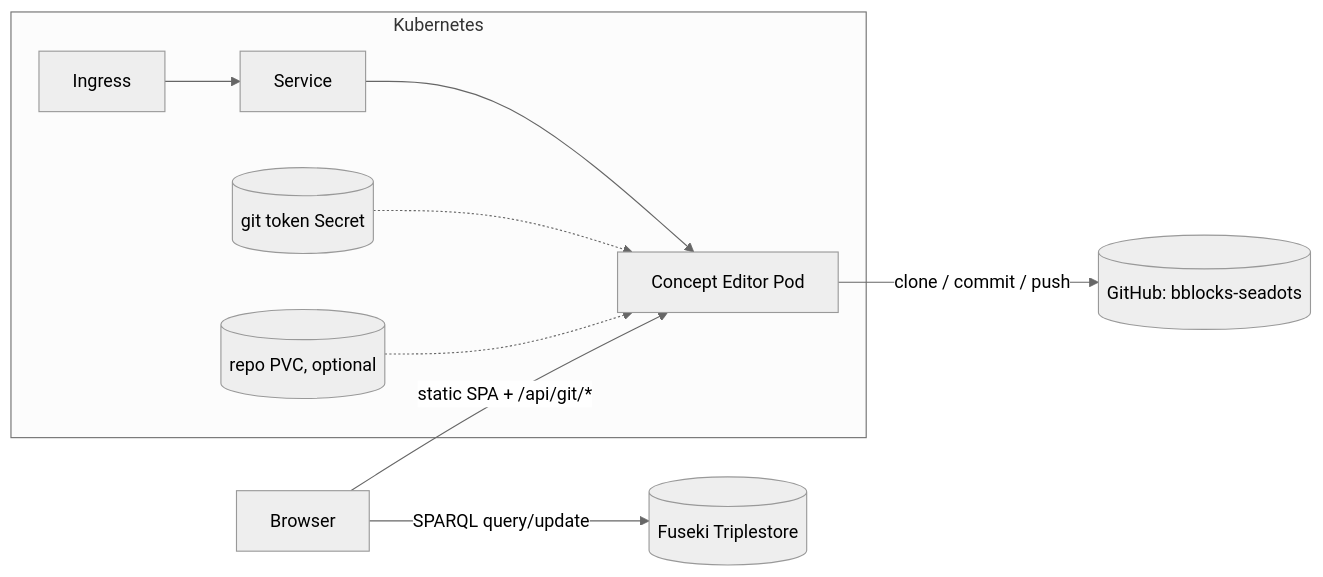
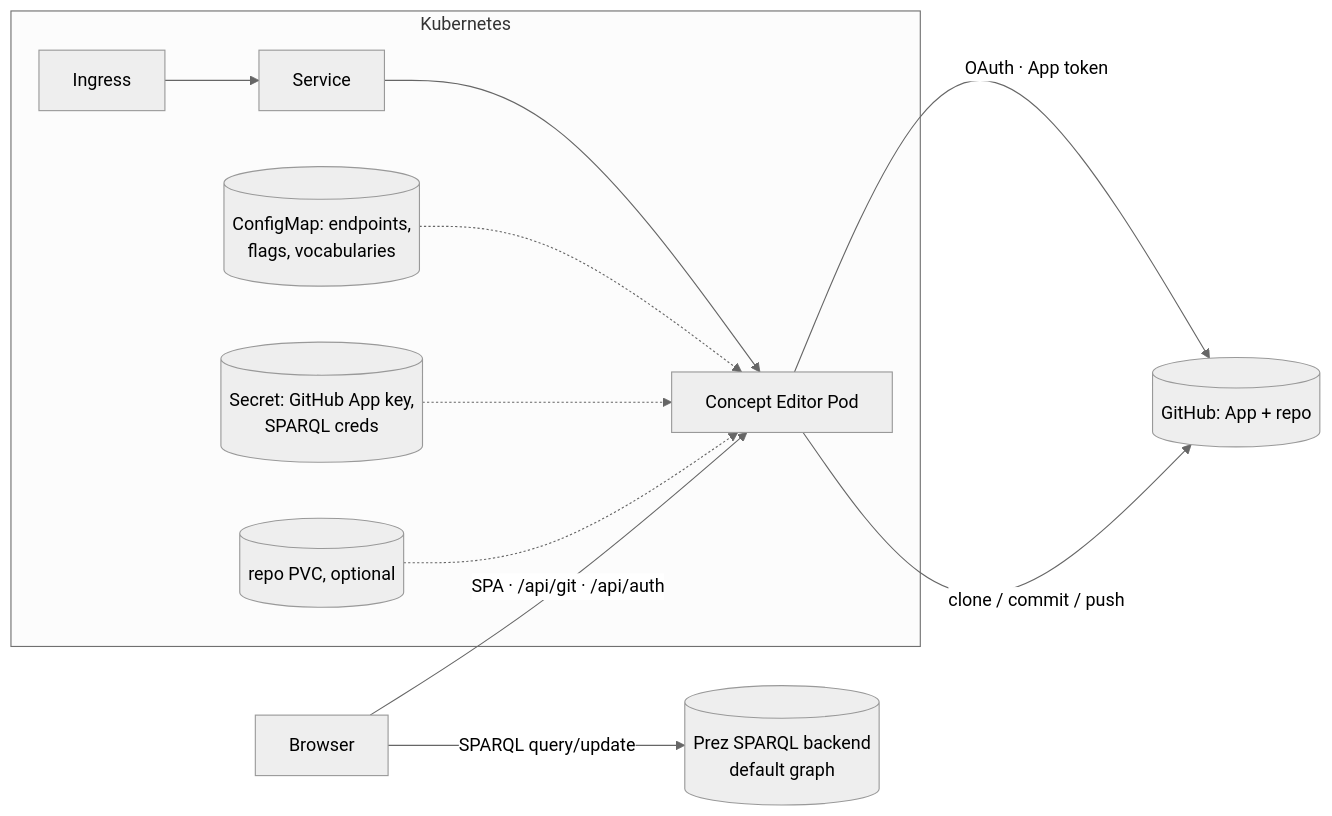
Before and after one commit to ogcincubator/bblocks-seadots: diagram 11 of 11 in app/docs/data-exchange.md, drawn with Mermaid (neutral theme). The commit also changed other lines of this file and 9 other files, not shown here.

````diff
--- a/app/docs/data-exchange.md
+++ b/app/docs/data-exchange.md
@@ -218,11 +317,13 @@
 ```mermaid
 flowchart LR
-    User[Browser] -->|SPARQL query/update| TS[(Fuseki Triplestore)]
-    User -->|static SPA + /api/git/*| Pod[Concept Editor Pod]
-    Pod -->|clone / commit / push| Repo[(GitHub: bblocks-seadots)]
+    User[Browser] -->|SPARQL query/update| TS[(Prez SPARQL backend<br/>default graph)]
+    User -->|SPA · /api/git · /api/auth| Pod[Concept Editor Pod]
+    Pod -->|OAuth · App token| GH[(GitHub: App + repo)]
+    Pod -->|clone / commit / push| GH
     subgraph Kubernetes
       Ingress --> Svc[Service] --> Pod
-      Secret[(git token Secret)] -.-> Pod
+      CfgMap[(ConfigMap: endpoints,<br/>flags, vocabularies)] -.-> Pod
+      Secret[(Secret: GitHub App key,<br/>SPARQL creds)] -.-> Pod
       PVC[(repo PVC, optional)] -.-> Pod
     end
 ```
````
